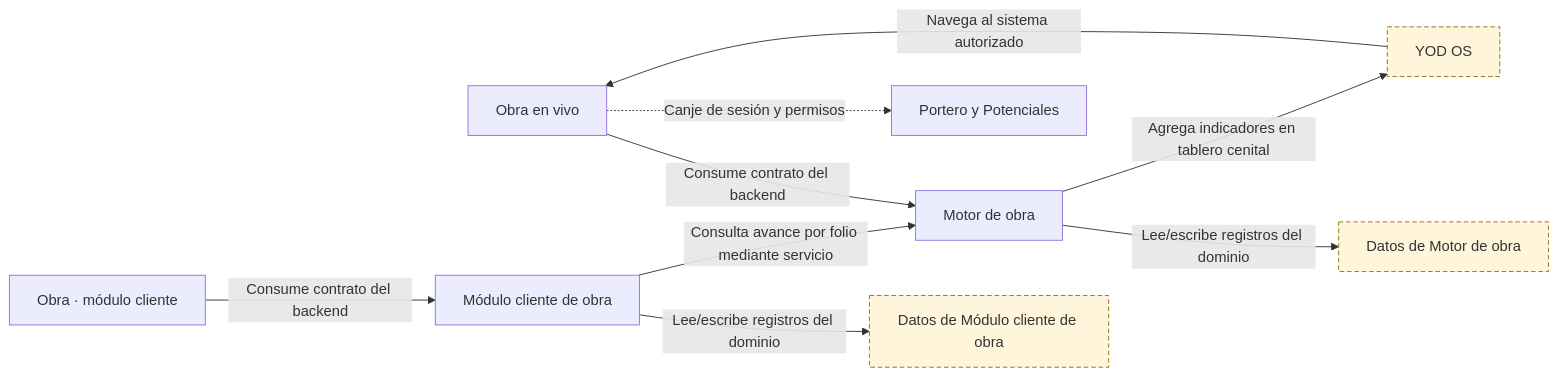
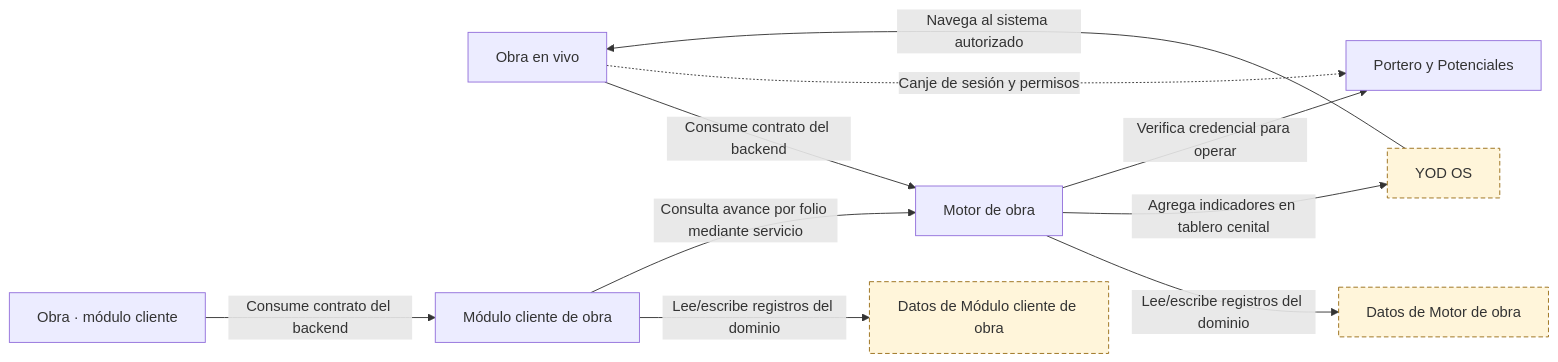
Before and after one commit to yodesarrollomx/yod-portal: the fifth of 9 diagrams in docs/arquitectura/mapas.md, drawn with Mermaid. The commit also changed other lines of this file and 10 other files, not shown here.

````diff
--- a/docs/arquitectura/mapas.md
+++ b/docs/arquitectura/mapas.md
@@ -205,23 +207,24 @@
 ```mermaid
 flowchart LR
   n_SYS_OBRA["Obra en vivo"]
   n_SYS_YOD_OS["YOD OS"]
   n_SYS_OBRA_CLIENTE["Obra · módulo cliente"]
   n_GAS_PORTERO["Portero y Potenciales"]
   n_GAS_OBRA["Motor de obra"]
   n_SHEET_OBRA["Datos de Motor de obra"]
   n_GAS_OBRA_CLIENTE["Módulo cliente de obra"]
   n_SHEET_OBRA_CLIENTE["Datos de Módulo cliente de obra"]
   n_GAS_OBRA -->|Lee/escribe registros del dominio| n_SHEET_OBRA
   n_GAS_OBRA_CLIENTE -->|Lee/escribe registros del dominio| n_SHEET_OBRA_CLIENTE
   n_SYS_OBRA -->|Consume contrato del backend| n_GAS_OBRA
   n_SYS_OBRA_CLIENTE -->|Consume contrato del backend| n_GAS_OBRA_CLIENTE
   n_SYS_YOD_OS -->|Navega al sistema autorizado| n_SYS_OBRA
   n_SYS_OBRA -.->|Canje de sesión y permisos| n_GAS_PORTERO
   n_GAS_OBRA -->|Agrega indicadores en tablero cenital| n_SYS_YOD_OS
   n_GAS_OBRA_CLIENTE -->|Consulta avance por folio mediante servicio| n_GAS_OBRA
+  n_GAS_OBRA -->|Verifica credencial para operar| n_GAS_PORTERO
   classDef pendiente fill:#fff5da,stroke:#996d16,stroke-dasharray:5 3;
   class n_SYS_YOD_OS pendiente;
   class n_SHEET_OBRA pendiente;
   class n_SHEET_OBRA_CLIENTE pendiente;
 ```
````
